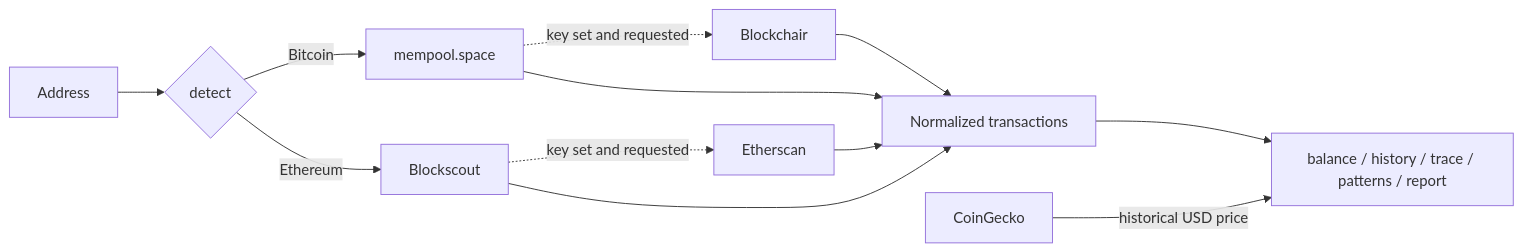
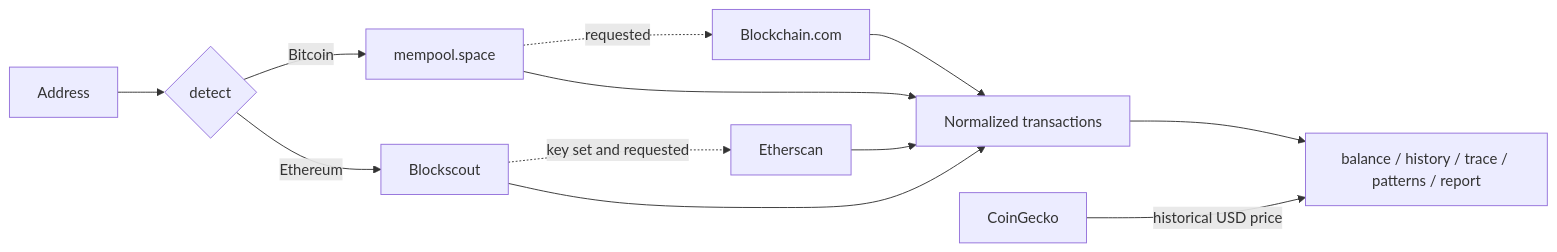
Before and after one commit to nilsonsangy/follow-the-money: the diagram in README.md, drawn with Mermaid. The commit also changed other lines of this file and 10 other files, not shown here.

First line of the commit message:
feat(providers): replace Blockchair with Blockchain.com provider

````diff
--- a/README.md
+++ b/README.md
@@ -55,14 +55,14 @@
 ```mermaid
 flowchart LR
     A[Address] --> D{detect}
     D -->|Bitcoin| B[mempool.space]
     D -->|Ethereum| E[Blockscout]
-    B -. key set and requested .-> BC[Blockchair]
+    B -. requested .-> BC[Blockchain.com]
     E -. key set and requested .-> ES[Etherscan]
     B --> N[Normalized transactions]
     E --> N
     BC --> N
     ES --> N
     N --> C[balance / history / trace / patterns / report]
     CG[CoinGecko] -->|historical USD price| C
 ```
````
